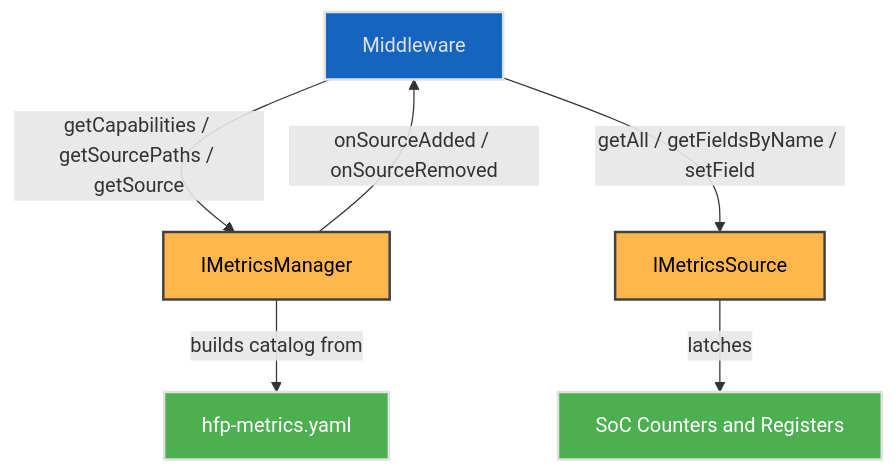
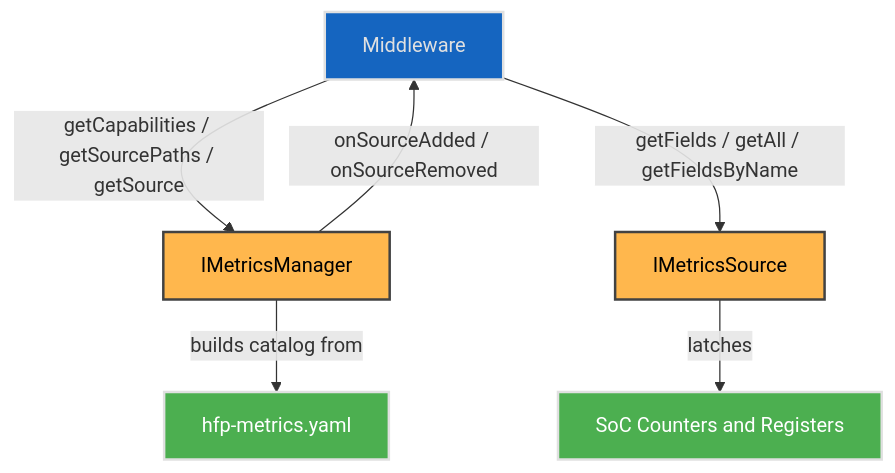
Before and after one commit to rdkcentral/rdk-halif-aidl: the first of 2 diagrams in metrics/current/docs/metrics.md, drawn with Mermaid. The commit also changed other lines of this file and 3 other files, not shown here.

First line of the commit message:
feat(metrics)!: scope source notification by path prefix; take bare field names

````diff
--- a/metrics/current/docs/metrics.md
+++ b/metrics/current/docs/metrics.md
@@ -206,19 +208,19 @@
 ```mermaid
 flowchart TD
     Client[Middleware] -->|getCapabilities / getSourcePaths / getSource| MGR[IMetricsManager]
-    Client -->|getAll / getFieldsByName / setField| SRC[IMetricsSource]
+    Client -->|getFields / getAll / getFieldsByName| SRC[IMetricsSource]
     MGR -->|onSourceAdded / onSourceRemoved| Client
     MGR -->|builds catalog from| HFP[hfp-metrics.yaml]
     SRC -->|latches| HW[SoC Counters and Registers]
 
     classDef blue fill:#1565C0,stroke:#E0E0E0,stroke-width:2px,color:#E0E0E0;
     classDef wheat fill:#FFB74D,stroke:#424242,stroke-width:2px,color:#000000;
     classDef green fill:#4CAF50,stroke:#E0E0E0,stroke-width:2px,color:#FFFFFF;
     classDef default fill:#1E1E1E,stroke:#E0E0E0,stroke-width:1px,color:#E0E0E0;
 
     Client:::blue
     MGR:::wheat
     SRC:::wheat
     HFP:::green
     HW:::green
 ```
````
